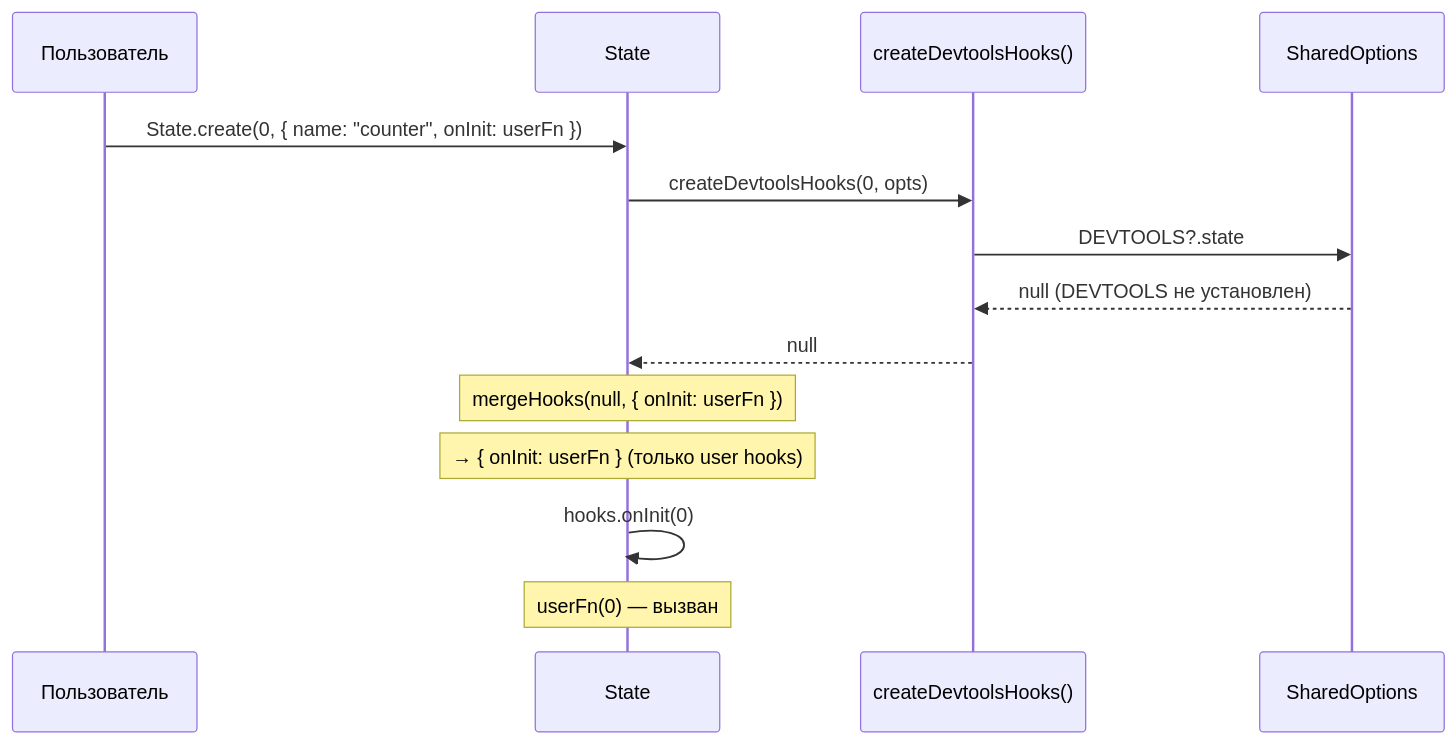
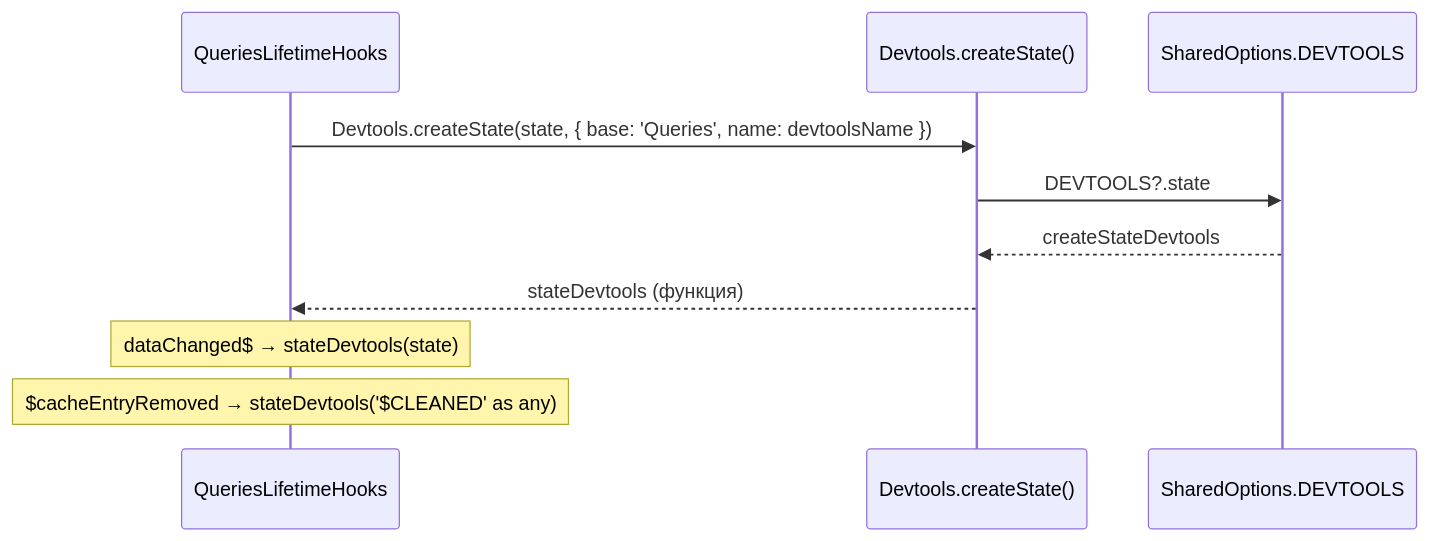
Diagram 11 of 11 in .thoughts/2026-03-11_signal-devtools-lifecycle/02-design/02-dataflow.md (fozy-labs/rx-toolkit), drawn with Mermaid before and after one commit. The commit also changed other lines of this file and 9 other files, not shown here.

Commit message:
thoughts: add design for signal devtools lifecycle hooks

````diff
--- a/.thoughts/2026-03-11_signal-devtools-lifecycle/02-design/02-dataflow.md
+++ b/.thoughts/2026-03-11_signal-devtools-lifecycle/02-design/02-dataflow.md
@@ -554,20 +377,14 @@
 ```mermaid
 sequenceDiagram
-    participant User as Пользователь
-    participant State as State
-    participant Factory as createDevtoolsHooks()
-    participant SharedOpts as SharedOptions
+    participant QLH as QueriesLifetimeHooks
+    participant DT as Devtools.createState()
+    participant SO as SharedOptions.DEVTOOLS
 
-    User->>State: State.create(0, { name: "counter", onInit: userFn })
+    QLH->>DT: Devtools.createState(state, { base: 'Queries', name: devtoolsName })
+    DT->>SO: DEVTOOLS?.state
+    SO-->>DT: createStateDevtools
+    DT-->>QLH: stateDevtools (функция)
 
-    State->>Factory: createDevtoolsHooks(0, opts)
-    Factory->>SharedOpts: DEVTOOLS?.state
-    SharedOpts-->>Factory: null (DEVTOOLS не установлен)
-    Factory-->>State: null
-
-    Note over State: mergeHooks(null, { onInit: userFn })
-    Note over State: → { onInit: userFn } (только user hooks)
-
-    State->>State: hooks.onInit(0)
-    Note over State: userFn(0) — вызван
+    Note over QLH: dataChanged$ → stateDevtools(state)
+    Note over QLH: $cacheEntryRemoved → stateDevtools('$CLEANED' as any)
 ```
````
